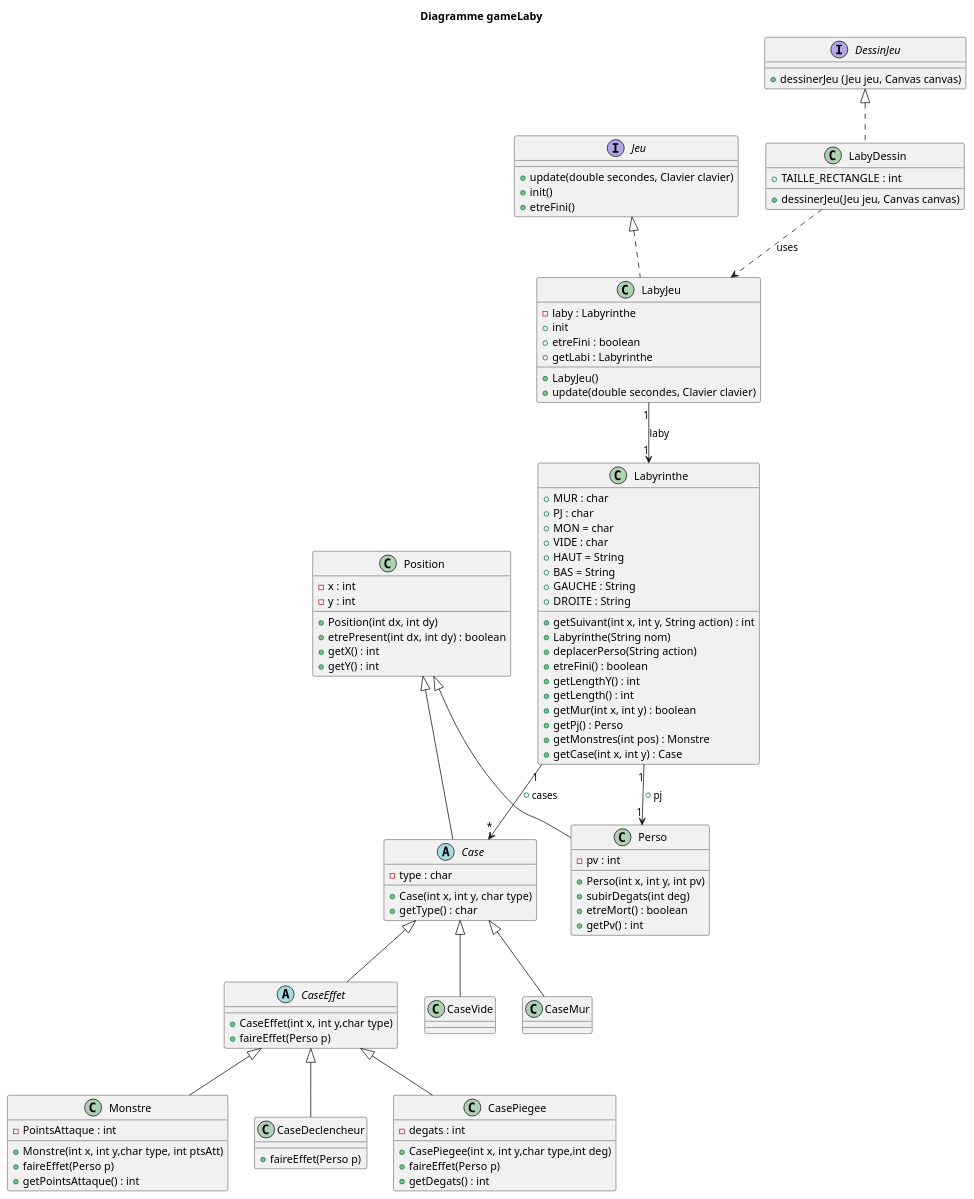
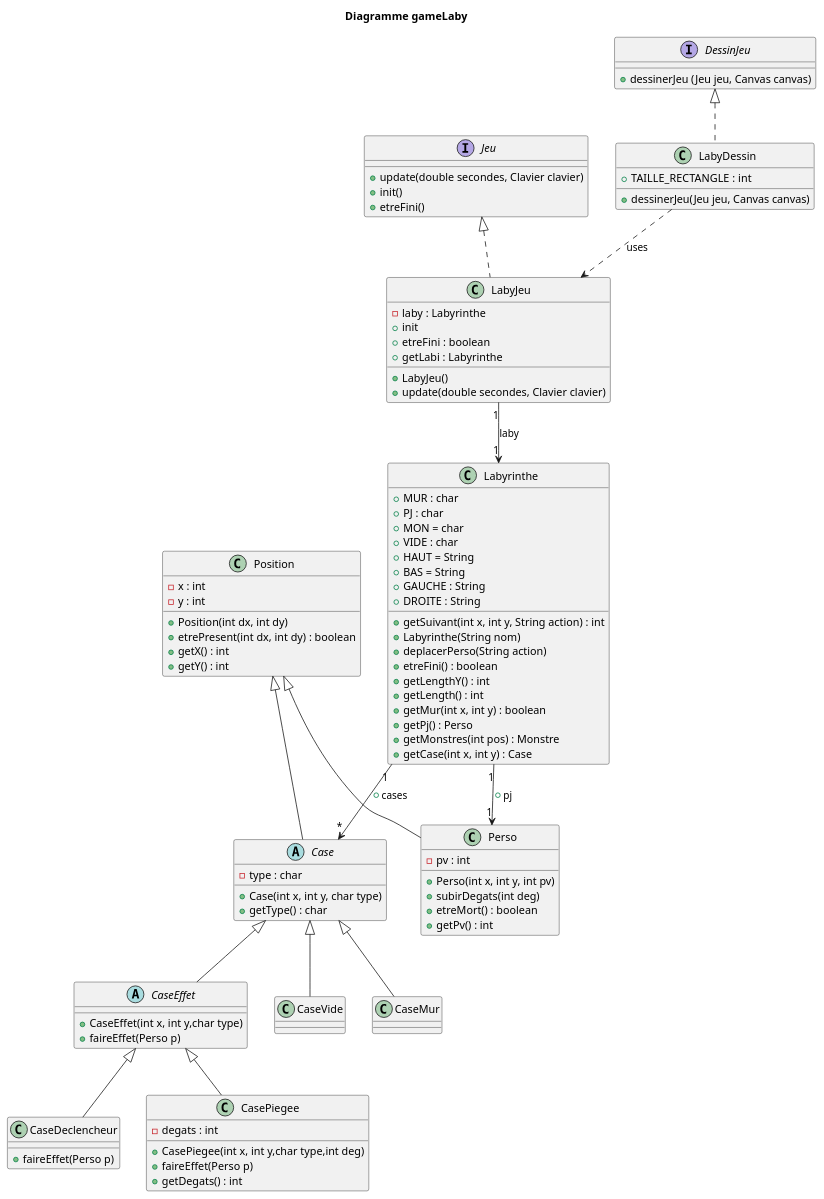
The diagram in zeldiablo/src/gameLaby/laby/diag_classe_monstre.puml (Cedran-Bastien/2022_Zeldiablo_Retter_Perez_Hergott_Bastien), drawn with PlantUML before and after one commit. The commit also changed 13 other files, not shown here.

Commit message:
ajout diagrammes sequences

```diff
--- a/zeldiablo/src/gameLaby/laby/diag_classe_monstre.puml
+++ b/zeldiablo/src/gameLaby/laby/diag_classe_monstre.puml
@@ -1,131 +1,131 @@
 @startuml
 'https://plantuml.com/class-diagram
 
 title Diagramme gameLaby
 
 interface Jeu {
     +update(double secondes, Clavier clavier)
     +init()
     +etreFini()
     }
 
 interface DessinJeu {
     +dessinerJeu (Jeu jeu, Canvas canvas)
     }
 
 
 
 class LabyDessin{
     +TAILLE_RECTANGLE : int
     +dessinerJeu(Jeu jeu, Canvas canvas)
 }
 
 class LabyJeu{
     -laby : Labyrinthe
     +LabyJeu()
     +update(double secondes, Clavier clavier)
     +init
     +etreFini : boolean
     +getLabi : Labyrinthe
     }
 
 class Position{
     -x : int
     -y : int
     +Position(int dx, int dy)
     +etrePresent(int dx, int dy) : boolean
     +getX() : int
     +getY() : int
     }
 
 abstract Case {
     - type : char
     +Case(int x, int y, char type)
     +getType() : char
 
     }
 
 abstract CaseEffet {
     +CaseEffet(int x, int y,char type)
     +faireEffet(Perso p)
 
 }
 
 class Perso {
     -pv : int
     +Perso(int x, int y, int pv)
     +subirDegats(int deg)
     +etreMort() : boolean
     +getPv() : int
 }
 
-class Monstre {
-    -PointsAttaque : int
-    +Monstre(int x, int y,char type, int ptsAtt)
-    +faireEffet(Perso p)
-    +getPointsAttaque() : int
-}
+'class Monstre {
+'    -PointsAttaque : int
+'    +Monstre(int x, int y,char type, int ptsAtt)
+'    +faireEffet(Perso p)
+'    +getPointsAttaque() : int
+'}
 
 class Labyrinthe{
     +MUR : char
     +PJ : char
     +MON = char
     +VIDE : char
     +HAUT = String
     +BAS = String
     +GAUCHE : String
     +DROITE : String
     +getSuivant(int x, int y, String action) : int
     +Labyrinthe(String nom)
     +deplacerPerso(String action)
     +etreFini() : boolean
      +getLengthY() : int
      +getLength() : int
      +getMur(int x, int y) : boolean
      +getPj() : Perso
      +getMonstres(int pos) : Monstre
      +getCase(int x, int y) : Case
 
 
     }
 
 class CaseVide {
 
 }
 
 class CaseMur {
 
 }
 
 class CaseDeclencheur {
     +faireEffet(Perso p)
 
 }
 
 class CasePiegee {
     -degats : int
     +CasePiegee(int x, int y,char type,int deg)
     +faireEffet(Perso p)
     +getDegats() : int
 
 }
 
 
 DessinJeu <|.. LabyDessin
 Jeu <|.. LabyJeu
 Position <|-- Perso
 Position <|-- Case
-CaseEffet <|-- Monstre
+'CaseEffet <|-- Monstre
 Case <|-- CaseEffet
 Labyrinthe "1" --> "1" Perso : +pj
 Labyrinthe "1" --> "*" Case : +cases
 LabyDessin ..> LabyJeu : uses
 LabyJeu "1" --> "1" Labyrinthe : laby
 Case <|-- CaseVide
 Case <|-- CaseMur
 CaseEffet <|-- CaseDeclencheur
 CaseEffet <|-- CasePiegee
 
 
 
 @enduml
```
